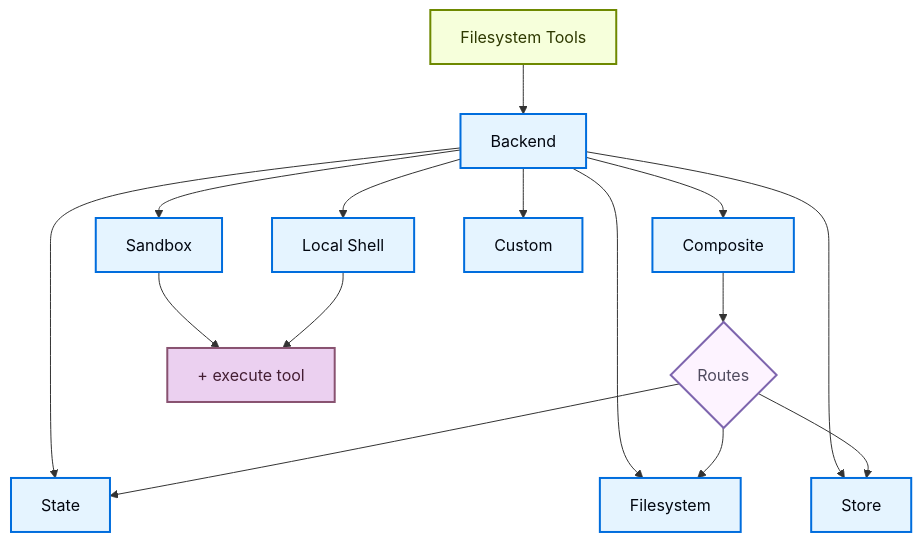
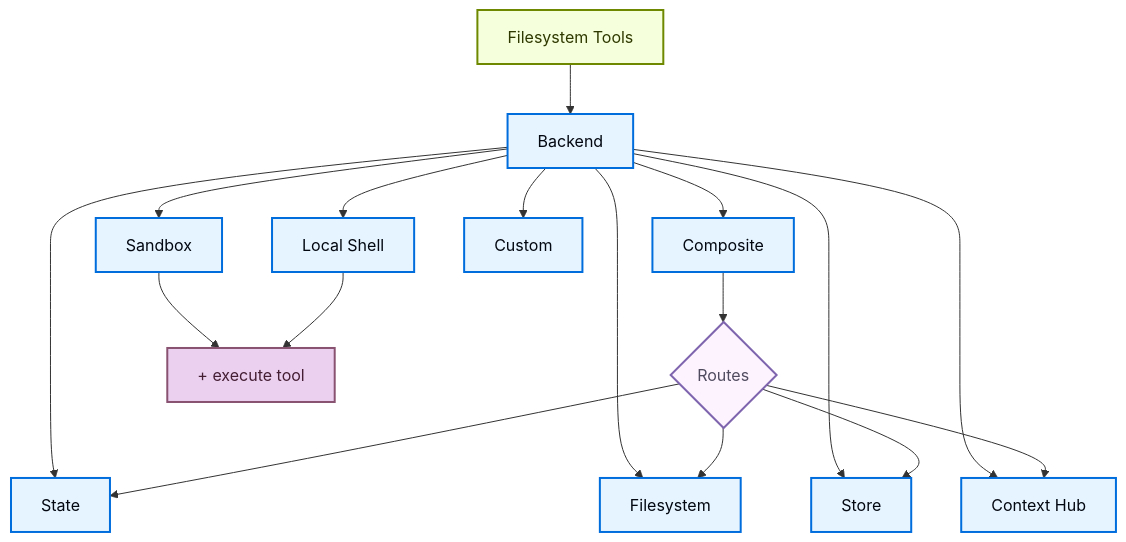
Before and after one commit to ActianCorp/langchain-ai-docs: the diagram in src/oss/deepagents/backends.mdx, drawn with Mermaid. The commit also changed other lines of this file and 3 other files, not shown here.

First line of the commit message:
docs(deepagents): add `ContextHubBackend` docs and cross-links (#3950)

````diff
--- a/src/oss/deepagents/backends.mdx
+++ b/src/oss/deepagents/backends.mdx
@@ -54,30 +56,32 @@
 ```mermaid
 graph TB
     Tools[Filesystem Tools] --> Backend[Backend]
 
     Backend --> State[State]
     Backend --> Disk[Filesystem]
     Backend --> Store[Store]
+    Backend --> ContextHub[Context Hub]
     Backend --> Sandbox[Sandbox]
     Backend --> LocalShell[Local Shell]
     Backend --> Composite[Composite]
     Backend --> Custom[Custom]
 
     Composite --> Router{Routes}
     Router --> State
     Router --> Disk
     Router --> Store
+    Router --> ContextHub
 
     Sandbox --> Execute["#43; execute tool"]
     LocalShell --> Execute["#43; execute tool"]
 
     classDef trigger fill:#F6FFDB,stroke:#6E8900,stroke-width:2px,color:#2E3900
     classDef process fill:#E5F4FF,stroke:#006DDD,stroke-width:2px,color:#030710
     classDef decision fill:#FDF3FF,stroke:#7E65AE,stroke-width:2px,color:#504B5F
     classDef output fill:#EBD0F0,stroke:#885270,stroke-width:2px,color:#441E33
 
     class Tools trigger
-    class Backend,State,Disk,Store,Sandbox,LocalShell,Composite,Custom process
+    class Backend,State,Disk,Store,ContextHub,Sandbox,LocalShell,Composite,Custom process
     class Router decision
     class Execute output
 ```
````
